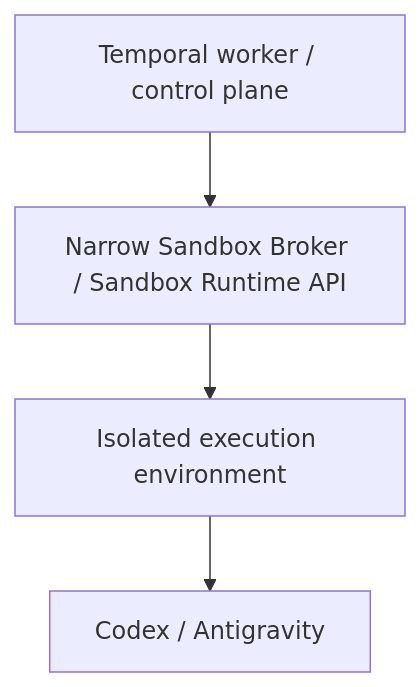
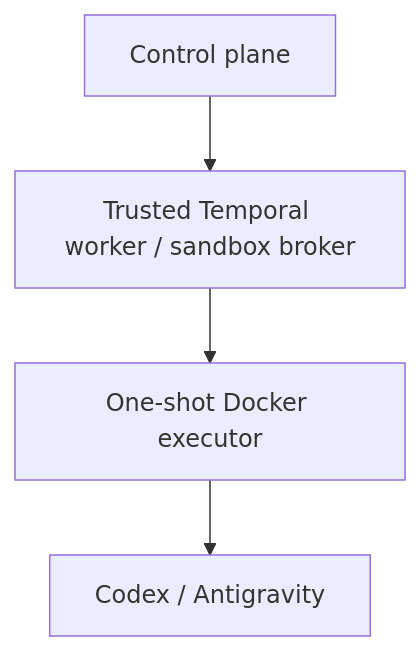
The second of 2 diagrams in docs/architecture.md (natanayalo/code-agent), drawn with Mermaid before and after one commit. The commit also changed other lines of this file and 7 other files, not shown here.

````diff
--- a/docs/architecture.md
+++ b/docs/architecture.md
@@ -326,6 +327,6 @@
 ```mermaid
 flowchart TD
-    CP["Temporal worker / control plane"] --> BROKER["Narrow Sandbox Broker / Sandbox Runtime API"]
-    BROKER --> ISO["Isolated execution environment"]
+    CP["Control plane"] --> BROKER["Trusted Temporal worker / sandbox broker"]
+    BROKER --> ISO["One-shot Docker executor"]
     ISO --> AGENT["Codex / Antigravity"]
 ```
````
